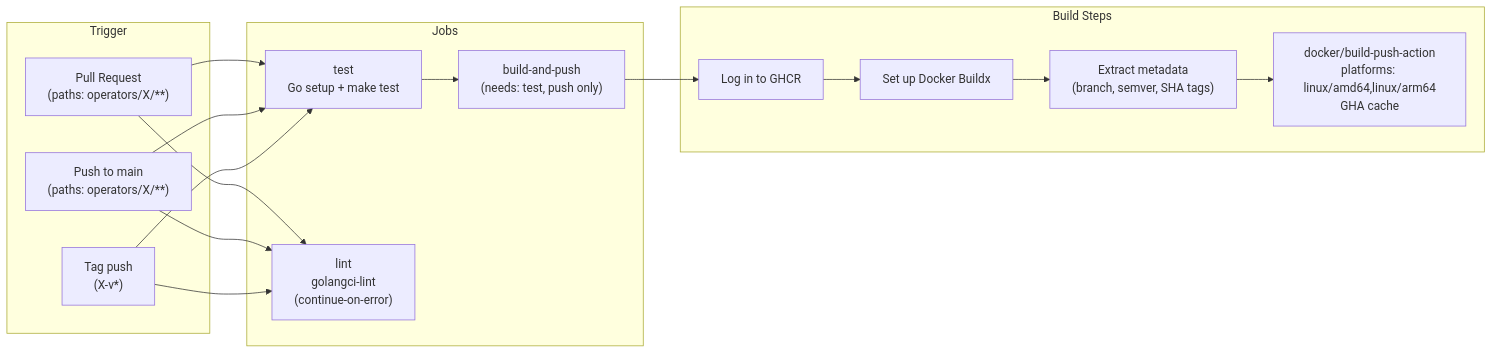
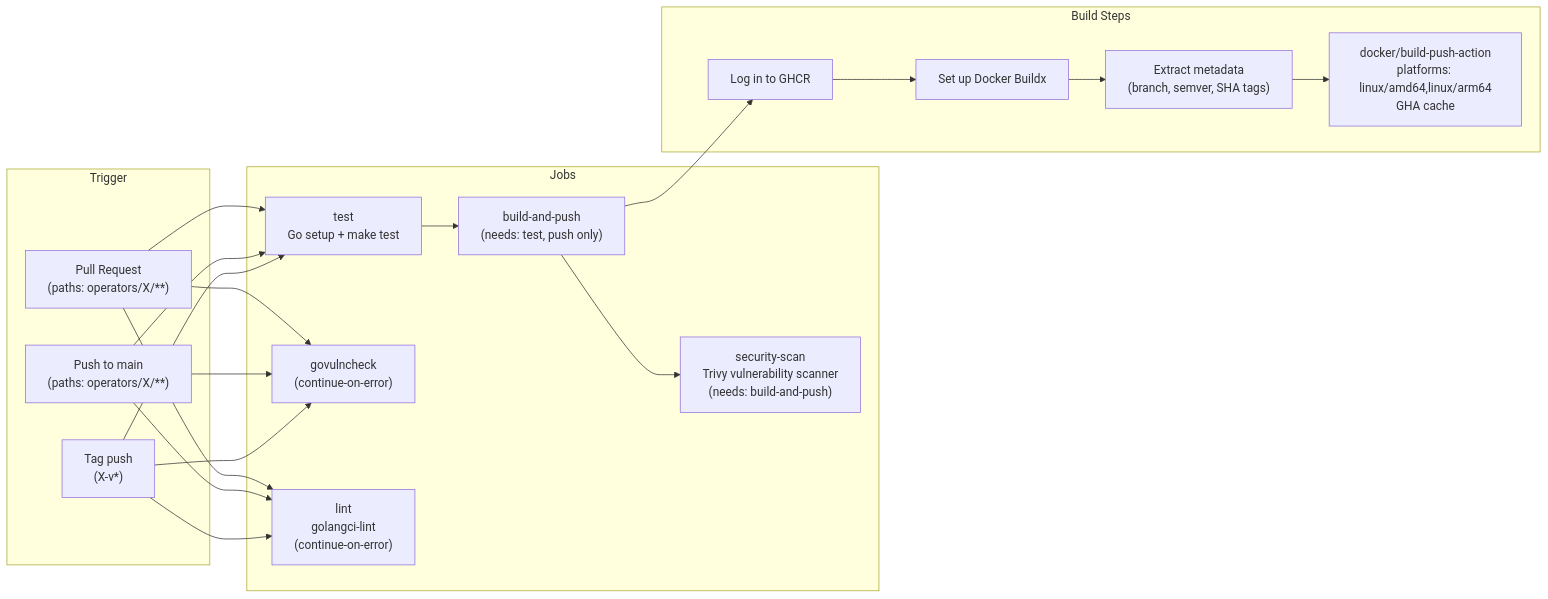
The eighth of 9 diagrams in docs/engineering/custom-operators.md (derhornspieler/harvester-rke2-platform), drawn with Mermaid before and after one commit. The commit also changed other lines of this file and 50 other files, not shown here.

````diff
--- a/docs/engineering/custom-operators.md
+++ b/docs/engineering/custom-operators.md
@@ -829,34 +830,40 @@
 ```mermaid
 flowchart LR
     subgraph "Trigger"
         PR["Pull Request<br/>(paths: operators/X/**)"]
         PUSH["Push to main<br/>(paths: operators/X/**)"]
         TAG["Tag push<br/>(X-v*)"]
     end
 
     subgraph "Jobs"
         TEST["test<br/>Go setup + make test"]
+        VULN["govulncheck<br/>(continue-on-error)"]
         LINT["lint<br/>golangci-lint<br/>(continue-on-error)"]
         BUILD["build-and-push<br/>(needs: test, push only)"]
+        SCAN["security-scan<br/>Trivy vulnerability scanner<br/>(needs: build-and-push)"]
     end
 
     PR --> TEST
+    PR --> VULN
     PR --> LINT
     PUSH --> TEST
+    PUSH --> VULN
     PUSH --> LINT
     TAG --> TEST
+    TAG --> VULN
     TAG --> LINT
     TEST --> BUILD
+    BUILD --> SCAN
 
     subgraph "Build Steps"
         LOGIN["Log in to GHCR"]
         BUILDX["Set up Docker Buildx"]
         META["Extract metadata<br/>(branch, semver, SHA tags)"]
         PUSH_IMG["docker/build-push-action<br/>platforms: linux/amd64,linux/arm64<br/>GHA cache"]
     end
 
     BUILD --> LOGIN
     LOGIN --> BUILDX
     BUILDX --> META
     META --> PUSH_IMG
 ```
````
